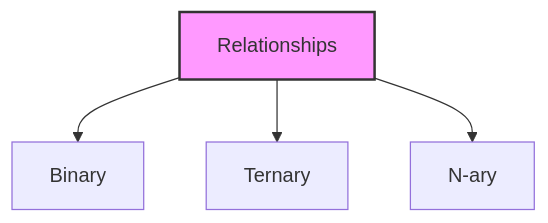
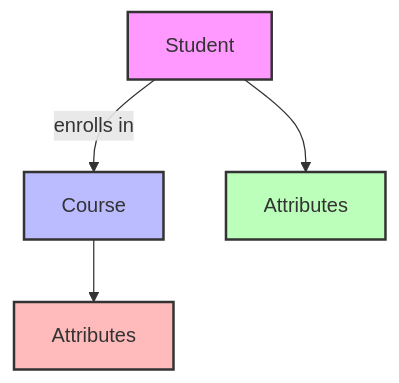
The diagram in 07ermodelbasicconcepts.md (fistasolutions/learn-database-unicorndevelopers), drawn with Mermaid before and after one commit. The commit also changed other lines of this file and 37 other files, not shown here.

````diff
--- a/07ermodelbasicconcepts.md
+++ b/07ermodelbasicconcepts.md
@@ -107,7 +48,10 @@
 ```mermaid
 graph TD
-    A[Relationships] --> B[Binary]
-    A --> C[Ternary]
-    A --> D[N-ary]
+    A[Student] -->|enrolls in| B[Course]
+    A --> C[Attributes]
+    B --> D[Attributes]
     style A fill:#f9f,stroke:#333,stroke-width:2px
+    style B fill:#bbf,stroke:#333,stroke-width:2px
+    style C fill:#bfb,stroke:#333,stroke-width:2px
+    style D fill:#fbb,stroke:#333,stroke-width:2px
 ```
````
